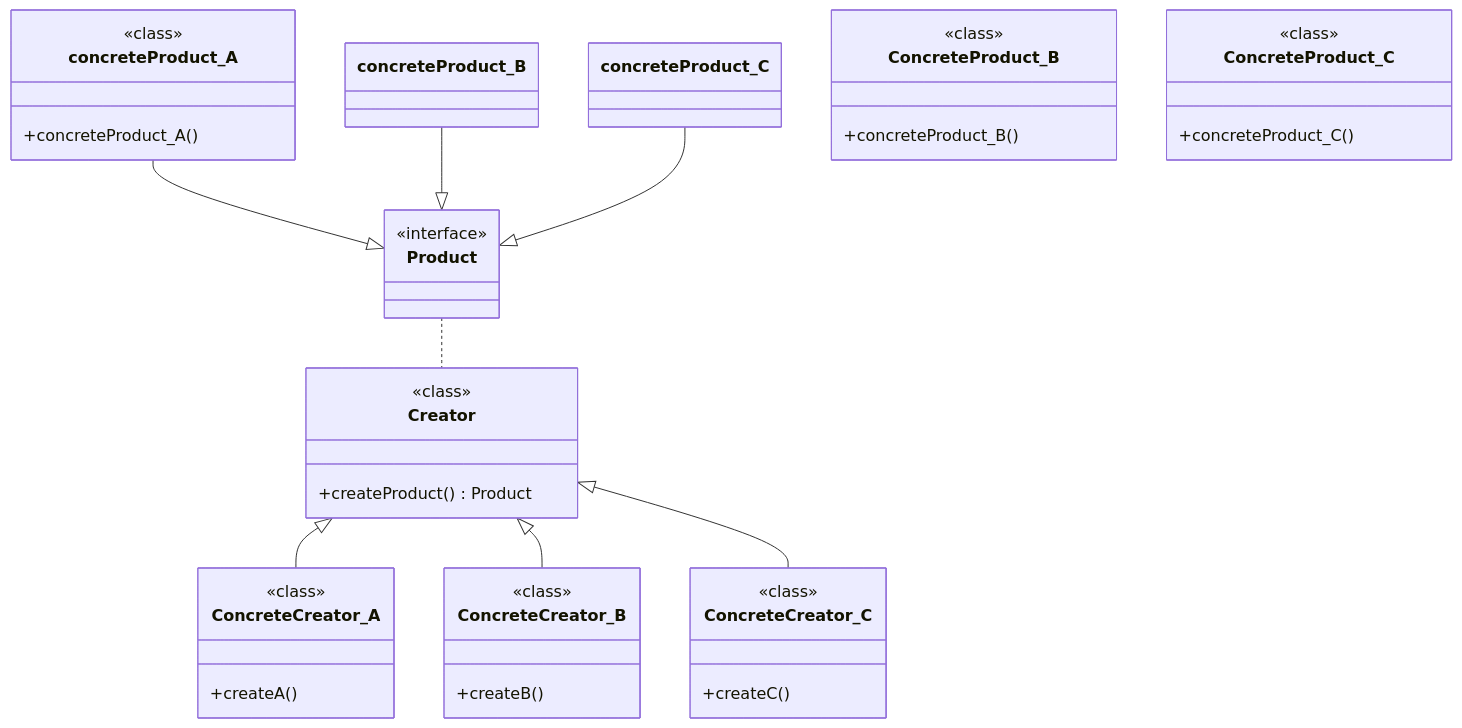
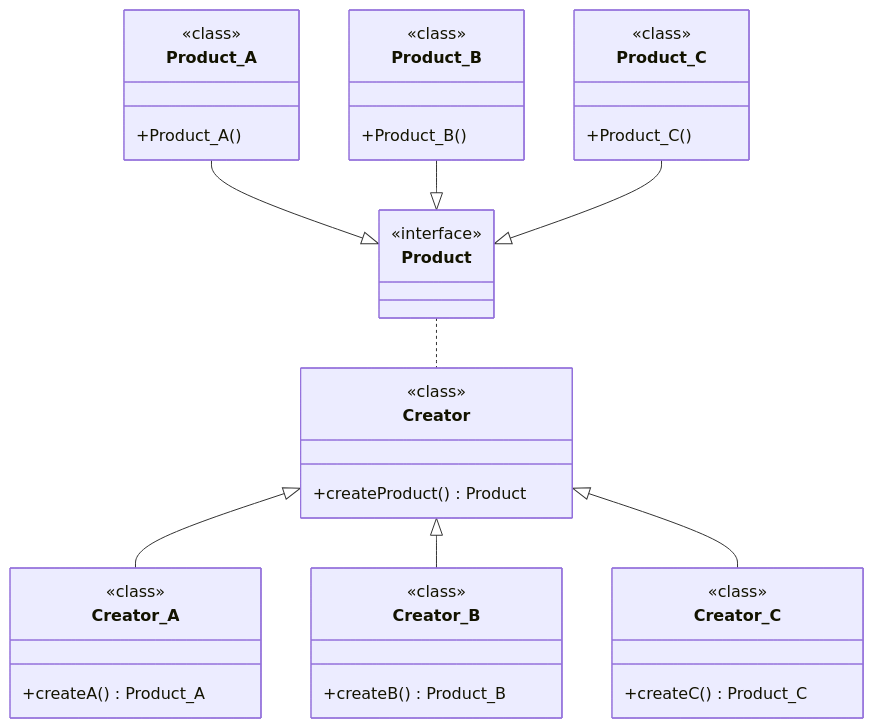
Before and after one commit to angelromarco04/MyNotes: the diagram in Programming/Patterns/data/FactoryMethod.md, drawn with Mermaid.

Commit message:
-03-2024_1316

````diff
--- a/Programming/Patterns/data/FactoryMethod.md
+++ b/Programming/Patterns/data/FactoryMethod.md
@@ -27,51 +27,51 @@
 ```mermaid
 classDiagram
 direction TB
-concreteProduct_A --|> Product
-concreteProduct_B --|> Product
-concreteProduct_C --|> Product
+Product_A --|> Product
+Product_B --|> Product
+Product_C --|> Product
 Product .. Creator
-Creator <|-- ConcreteCreator_A
-Creator <|-- ConcreteCreator_B
-Creator <|-- ConcreteCreator_C
+Creator <|-- Creator_A
+Creator <|-- Creator_B
+Creator <|-- Creator_C
 
 class Product {
 	<<interface>>
 }
 
-class concreteProduct_A {
+class Product_A {
 	<<class>>
-	+concreteProduct_A()
+	+Product_A()
 }
 
-class ConcreteProduct_B {
+class Product_B {
 	<<class>>
-	+concreteProduct_B()
+	+Product_B()
 }
 
-class ConcreteProduct_C {
+class Product_C {
 	<<class>>
-	+concreteProduct_C()
+	+Product_C()
 }
 
 class Creator {
 	<<class>>
 	+createProduct() Product
 }
 
-class ConcreteCreator_A {
+class Creator_A {
 	<<class>>
-	+createA()
+	+createA() Product_A
 }
 
-class ConcreteCreator_B {
+class Creator_B {
 	<<class>>
-	+createB()
+	+createB() Product_B
 }
 
-class ConcreteCreator_C {
+class Creator_C {
 	<<class>>
-	+createC()
+	+createC() Product_C
 }
 
 ```
````
